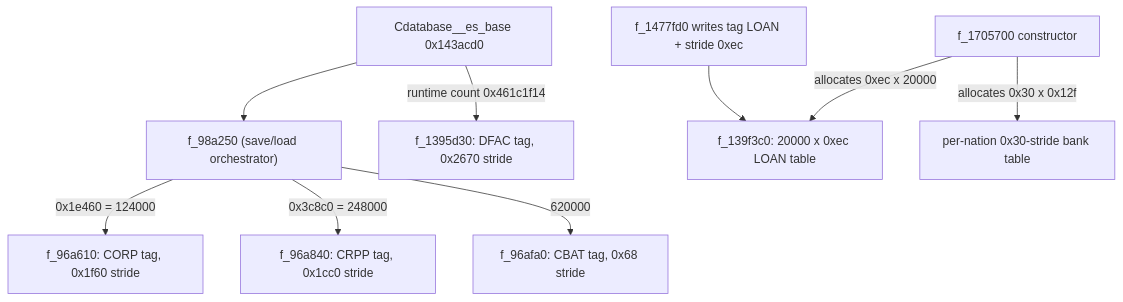
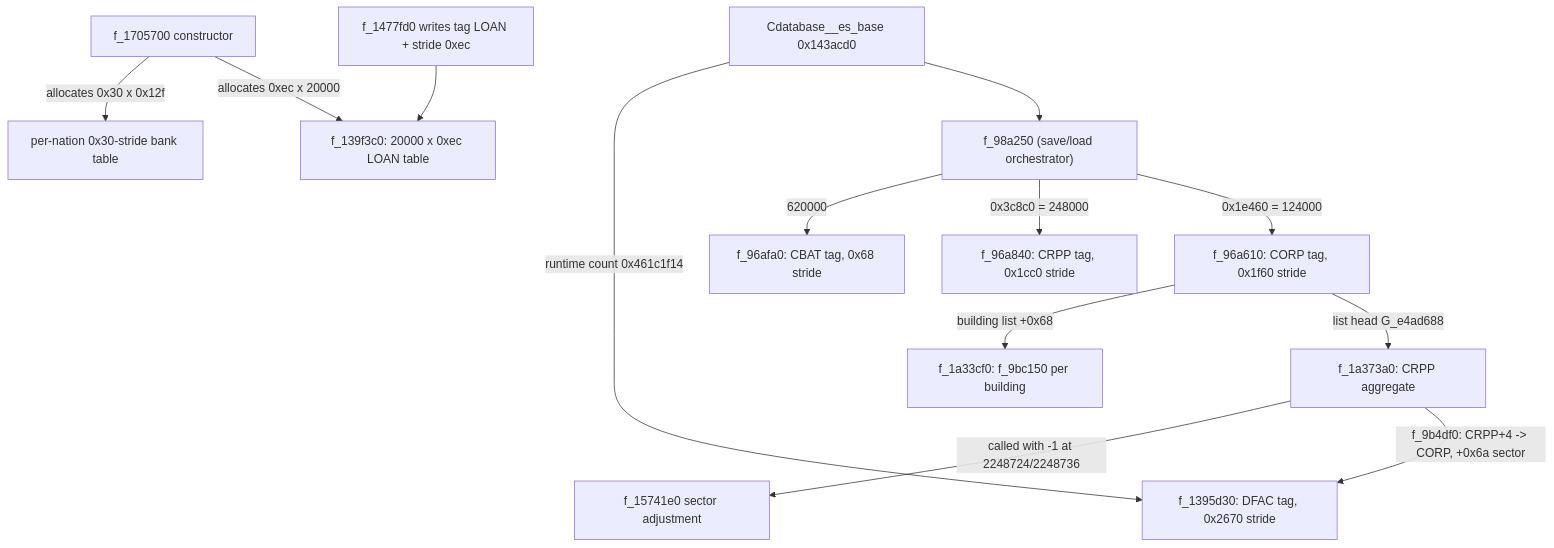
Before and after one commit to CthulhuOnIce/GPS-Docs: the first of 8 diagrams in 02_ECONOMY.md, drawn with Mermaid. The commit also changed other lines of this file and 5 other files, not shown here.

````diff
--- a/02_ECONOMY.md
+++ b/02_ECONOMY.md
@@ -65,11 +83,15 @@
 ```mermaid
 flowchart TD
     ES["Cdatabase__es_base 0x143acd0"] --> S250["f_98a250 (save/load orchestrator)"]
     S250 -->|"0x1e460 = 124000"| CORP["f_96a610: CORP tag, 0x1f60 stride"]
     S250 -->|"0x3c8c0 = 248000"| CRPP["f_96a840: CRPP tag, 0x1cc0 stride"]
     S250 -->|"620000"| CBAT["f_96afa0: CBAT tag, 0x68 stride"]
     ES -->|"runtime count 0x461c1f14"| SECT["f_1395d30: DFAC tag, 0x2670 stride"]
     LOANSER["f_1477fd0 writes tag LOAN + stride 0xec"] --> LOAN["f_139f3c0: 20000 x 0xec LOAN table"]
     P170["f_1705700 constructor"] -->|"allocates 0xec x 20000"| LOAN
     P170 -->|"allocates 0x30 x 0x12f"| RATE["per-nation 0x30-stride bank table"]
+    CORP -->|"list head G_e4ad688"| CRPPg["f_1a373a0: CRPP aggregate"]
+    CRPPg -->|"f_9b4df0: CRPP+4 -> CORP, +0x6a sector"| SECT
+    CORP -->|"building list +0x68"| CBATg["f_1a33cf0: f_9bc150 per building"]
+    CRPPg -->|"called with -1 at 2248724/2248736"| F1574["f_15741e0 sector adjustment"]
 ```
````
